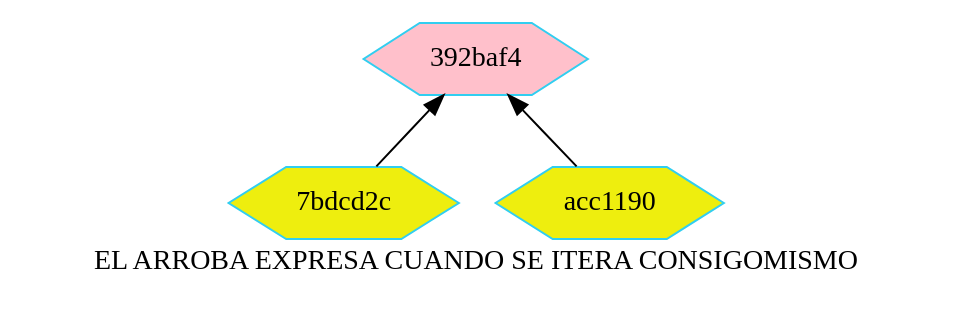
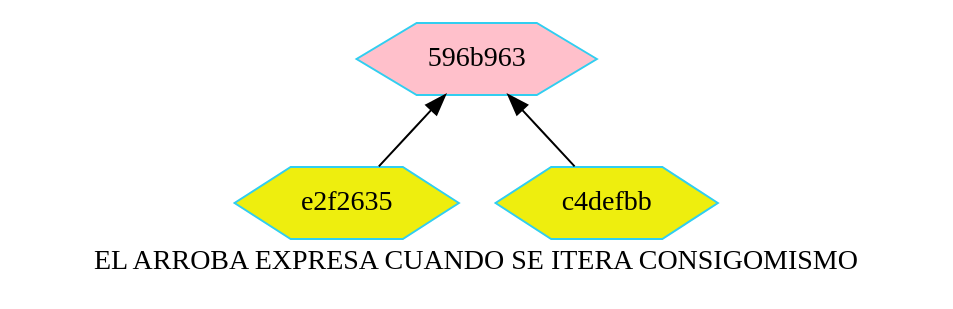
The diagram in merkle.dot (betebetoven/EDDS2F2), drawn with Graphviz before and after one commit. The commit also changed 18 other files, not shown here.

```diff
--- a/merkle.dot
+++ b/merkle.dot
@@ -1,13 +1,13 @@
 digraph G
 {label="EL ARROBA EXPRESA CUANDO SE ITERA CONSIGOMISMO"
         node[shape = hexagon]
         node[style = filled]
         node[fillcolor = "#EEEEE"]
         node[color = "#EEEEE"]
         node[color = "#31CEF0"]
         rankdir=BT;
 
-"7bdcd2c" -> "392baf4"
-"acc1190" -> "392baf4"
-"392baf4"[fillcolor="pink"] 
+"e2f2635" -> "596b963"
+"c4defbb" -> "596b963"
+"596b963"[fillcolor="pink"] 
 }
```
